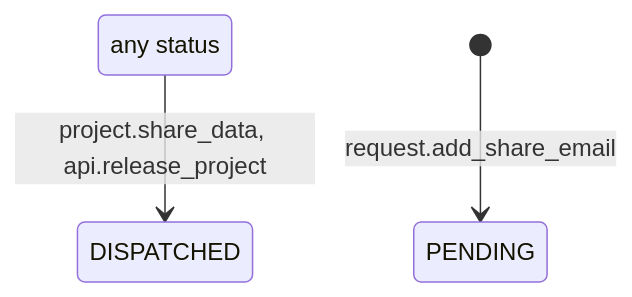
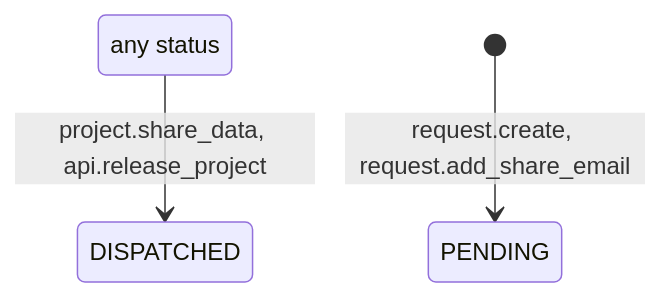
Before and after one commit to lutrarutra/opengsync-app: the ninth of 9 diagrams in docs/state-transitions.md, drawn with Mermaid. The commit also changed other lines of this file and 51 other files, not shown here.

Commit message:
added sample submission layout + email share checklist step

````diff
--- a/docs/state-transitions.md
+++ b/docs/state-transitions.md
@@ -514,6 +514,6 @@
 ```mermaid
 stateDiagram-v2
     state "any status" as any
-    [*] --> PENDING : request.add_share_email
+    [*] --> PENDING : request.create, request.add_share_email
     any --> DISPATCHED : project.share_data, api.release_project
 ```
````
